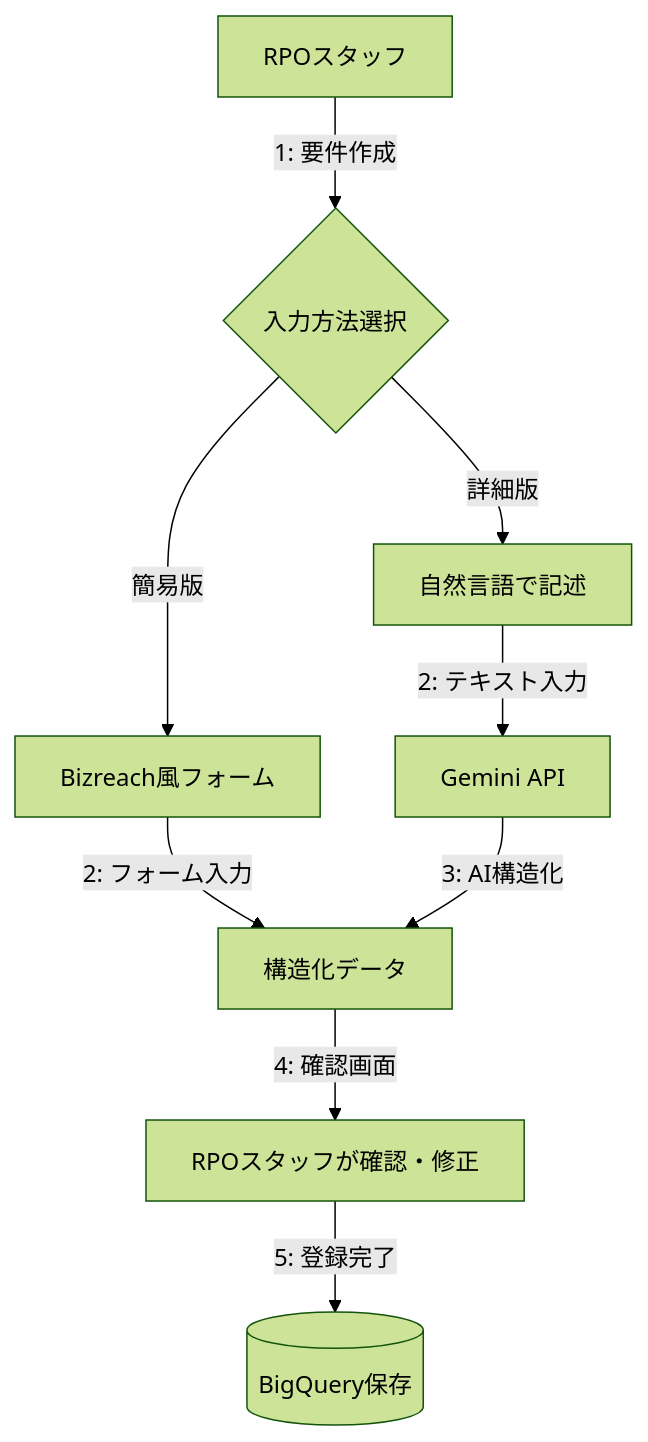
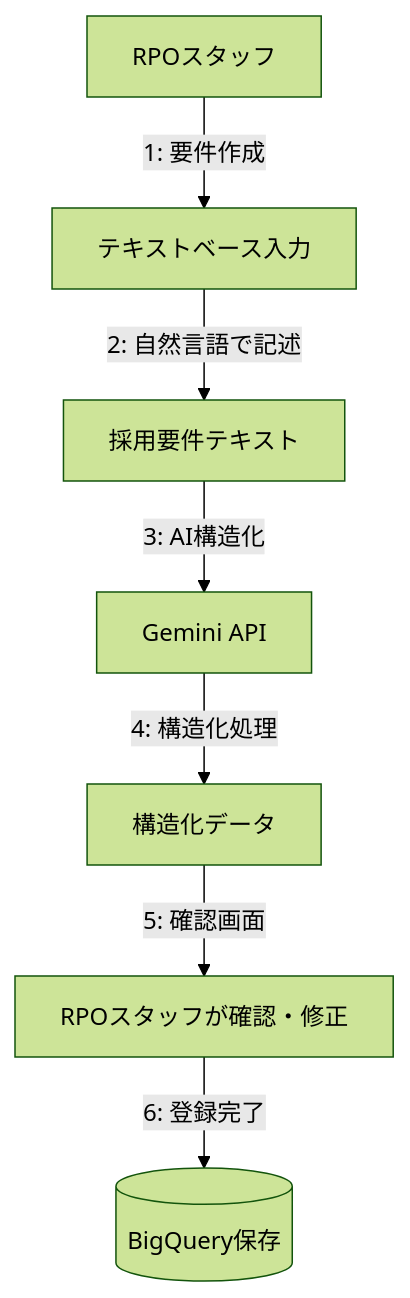
Before and after one commit to takeshita-0x0201/rpo-automation: the second of 4 diagrams in README_CHROME_EXTENSION.md, drawn with Mermaid (forest theme). The commit also changed other lines of this file, not shown here.

Commit message:
fix: 採用要件管理をテキストベース入力に変更
- Bizreach風フォームからテキストベース入力への変更
- 自然言語での要件記述を前提とした設計に修正
- Phase 1のフロー図をテキスト入力中心に更新

🤖 Generated with [Claude Code](https://claude.ai/code)

````diff
--- a/README_CHROME_EXTENSION.md
+++ b/README_CHROME_EXTENSION.md
@@ -151,13 +152,9 @@
 ```mermaid
 graph TD
-    A[RPOスタッフ] -->|1: 要件作成| B{入力方法選択}
-    B -->|簡易版| C[Bizreach風フォーム]
-    B -->|詳細版| D[自然言語で記述]
-    
-    C -->|2: フォーム入力| E[構造化データ]
-    D -->|2: テキスト入力| F[Gemini API]
-    F -->|3: AI構造化| E
-    
-    E -->|4: 確認画面| G[RPOスタッフが確認・修正]
-    G -->|5: 登録完了| H[(BigQuery保存)]
+    A[RPOスタッフ] -->|1: 要件作成| B[テキストベース入力]
+    B -->|2: 自然言語で記述| C[採用要件テキスト]
+    C -->|3: AI構造化| D[Gemini API]
+    D -->|4: 構造化処理| E[構造化データ]
+    E -->|5: 確認画面| F[RPOスタッフが確認・修正]
+    F -->|6: 登録完了| G[(BigQuery保存)]
 ```
````
